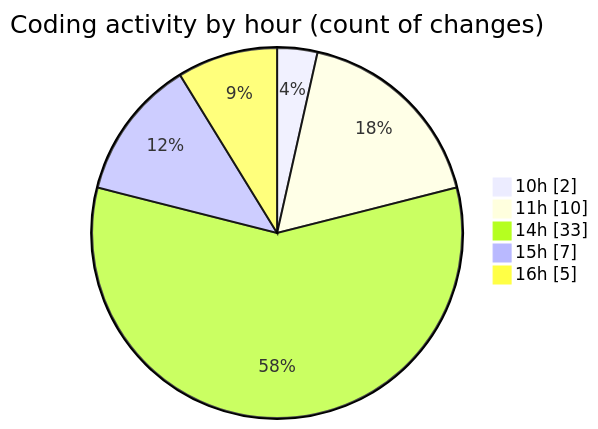
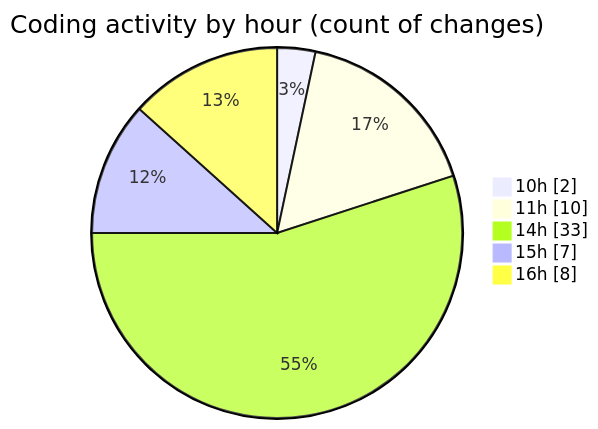
One commit to idhammustaqopulfikri/code-tracking changed the second of 2 diagrams in 2025-06-02/studio-backend/README.md. Above: the diagram before and after it, drawn with Mermaid. The commit also changed other lines of this file and 1 other file, not shown here.

````diff
--- a/2025-06-02/studio-backend/README.md
+++ b/2025-06-02/studio-backend/README.md
@@ -43,9 +44,9 @@
 ```mermaid
 pie showData
 title Coding activity by hour (count of changes)
 "10h" : 2
 "11h" : 10
 "14h" : 33
 "15h" : 7
-"16h" : 5
+"16h" : 8
 ```
````
